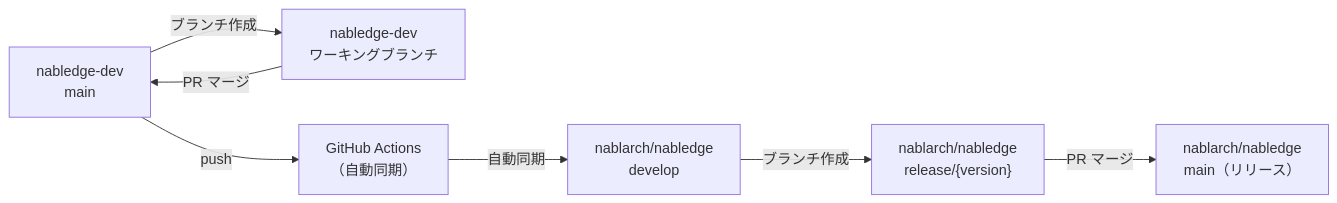
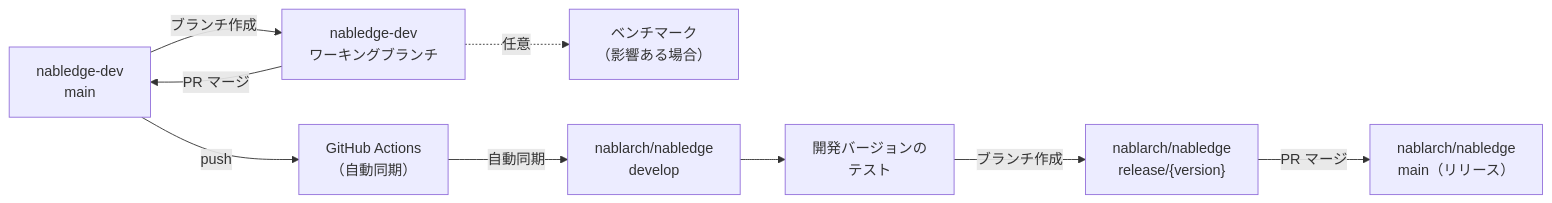
One commit to nablarch/nabledge-dev changed the diagram in README.md. Above: the diagram before and after it, drawn with Mermaid.

Commit message:
docs: add benchmark and pre-release test to development flow diagram

````diff
--- a/README.md
+++ b/README.md
@@ -49,16 +49,20 @@
 ```mermaid
 flowchart LR
     MAIN["nabledge-dev<br/>main"]
     WB["nabledge-dev<br/>ワーキングブランチ"]
+    BM["ベンチマーク<br/>（影響ある場合）"]
     GHA["GitHub Actions<br/>（自動同期）"]
     DEV["nablarch/nabledge<br/>develop"]
+    TEST["開発バージョンの<br/>テスト"]
     RB["nablarch/nabledge<br/>release/{version}"]
     RELEASE["nablarch/nabledge<br/>main（リリース）"]
 
     MAIN -->|"ブランチ作成"| WB
+    WB -.->|"任意"| BM
     WB -->|"PR マージ"| MAIN
     MAIN -->|"push"| GHA
     GHA -->|"自動同期"| DEV
-    DEV -->|"ブランチ作成"| RB
+    DEV --> TEST
+    TEST -->|"ブランチ作成"| RB
     RB -->|"PR マージ"| RELEASE
 ```
````
